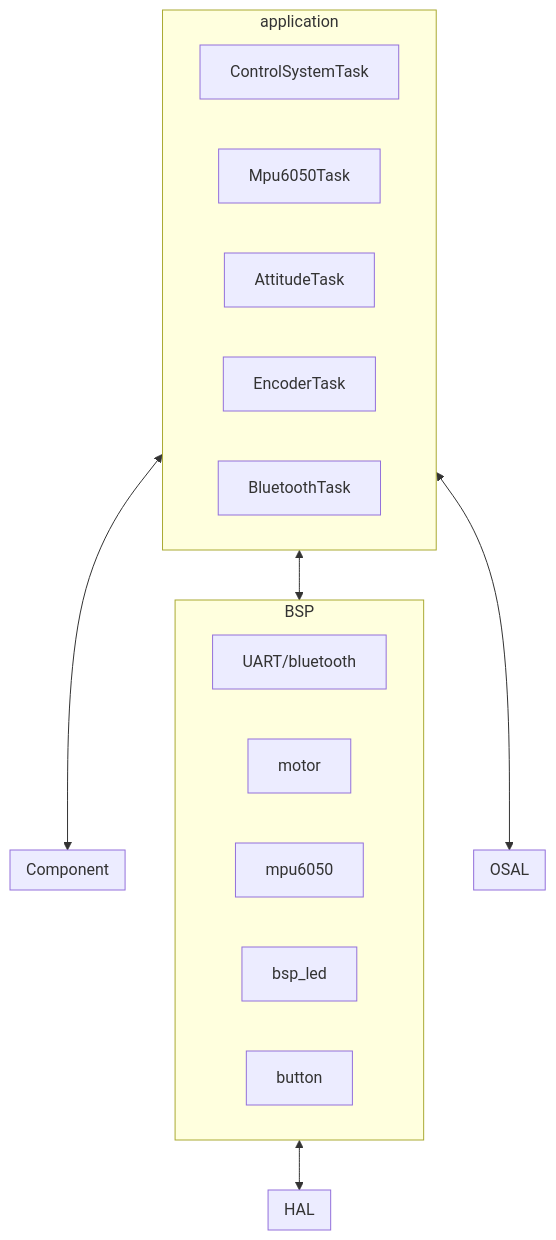
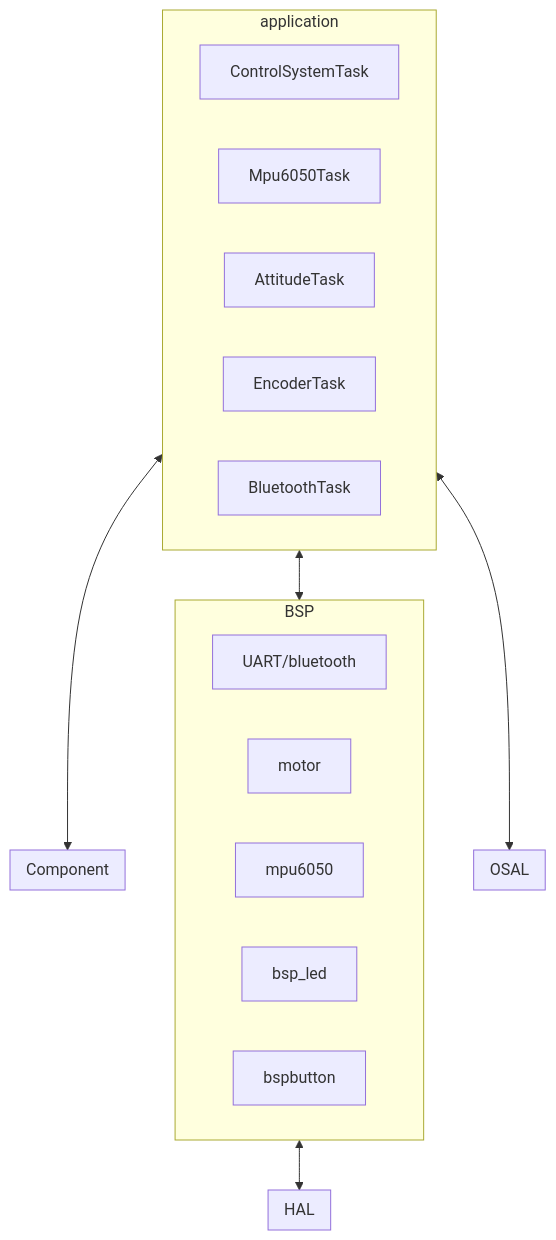
One commit to 2005sam/blanceCar changed the diagram in docs/ARCHITECTURE.md. Above: the diagram before and after it, drawn with Mermaid. The commit also changed 11 other files, not shown here.

````diff
--- a/docs/ARCHITECTURE.md
+++ b/docs/ARCHITECTURE.md
@@ -10,27 +10,27 @@
 ```mermaid
 graph TD
 	subgraph application
 	ControlSystemTask
 	Mpu6050Task
 	AttitudeTask
 	EncoderTask
 	BluetoothTask
 	end
 	subgraph OSAL
 	end
 	subgraph BSP
 		UART/bluetooth
 		motor
 		mpu6050
 		bsp_led
-		button
+		bspbutton
 	end
 	subgraph Component
 	end
 	subgraph HAL
 	end
 	application <--> Component
 	application <--> BSP
 	application <-->OSAL
 	BSP <--> HAL
 ```
````
